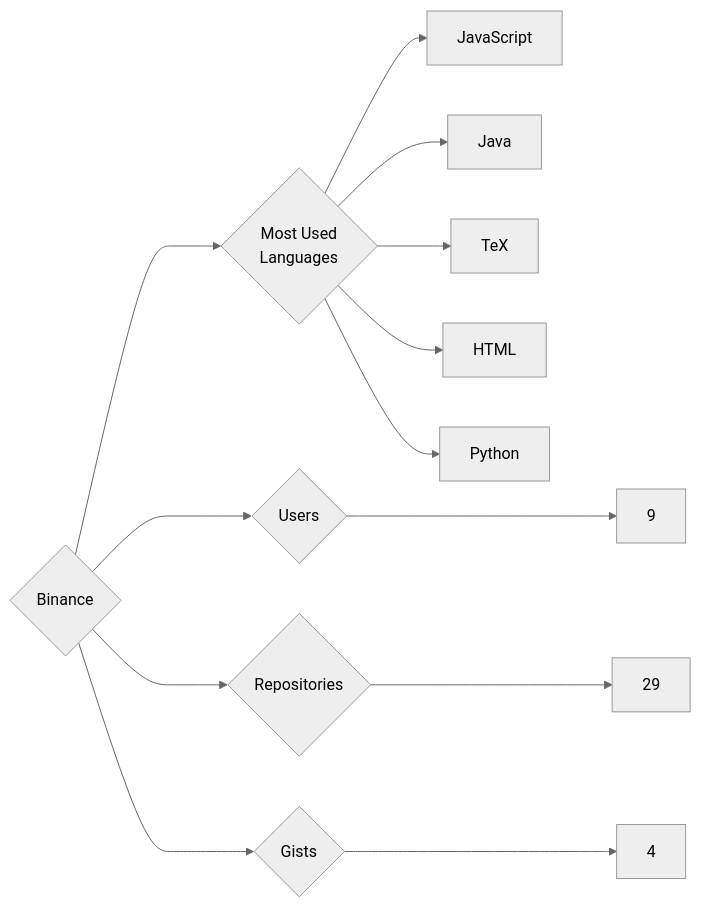
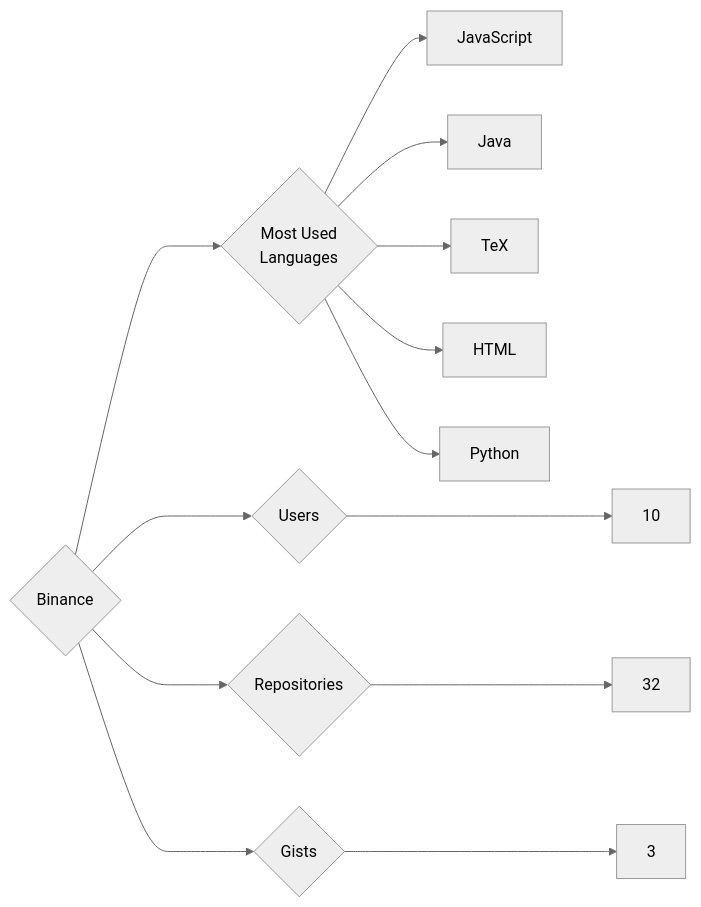
The diagram in targets/Binance/README.md (trickest/insiders), drawn with Mermaid (neutral theme) before and after one commit. The commit also changed 997 other files, not shown here.

````diff
--- a/targets/Binance/README.md
+++ b/targets/Binance/README.md
@@ -3,13 +3,13 @@
 ```mermaid
 graph LR
 COMPANY_NAME{Binance}
-COMPANY_NAME ---> U{Users} ---> UN[9]
-COMPANY_NAME ---> R{Repositories} ---> RN[29]
-COMPANY_NAME ---> G{Gists} ---> GN[4]
+COMPANY_NAME ---> U{Users} ---> UN[10]
+COMPANY_NAME ---> R{Repositories} ---> RN[32]
+COMPANY_NAME ---> G{Gists} ---> GN[3]
 COMPANY_NAME ---> ML{Most Used<br>Languages}
 ML --> JavaScript[JavaScript]
 ML --> Java[Java]
 ML --> TeX[TeX]
 ML --> HTML[HTML]
 ML --> Python[Python]
 ```
````
